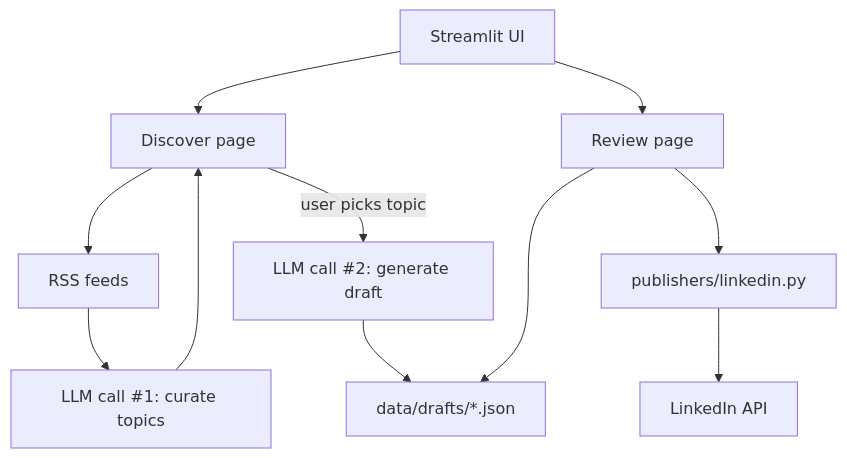
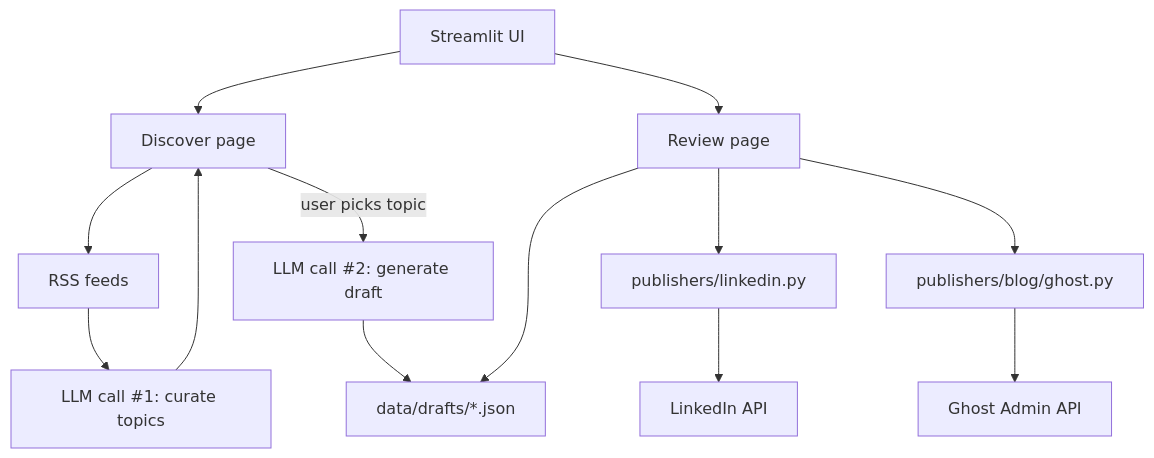
Before and after one commit to s-prateek/quillcast: the diagram in README.md, drawn with Mermaid. The commit also changed other lines of this file and 19 other files, not shown here.

First line of the commit message:
Implement Ghost blog publishing and update documentation (#6)

````diff
--- a/README.md
+++ b/README.md
@@ -54,14 +55,16 @@
 ```mermaid
 graph TD
     A[Streamlit UI] --> B[Discover page]
     B --> C[RSS feeds]
     C --> D[LLM call #1: curate topics]
     D --> B
     B -->|user picks topic| E[LLM call #2: generate draft]
     E --> F[data/drafts/*.json]
 
     A --> G[Review page]
     G --> F
     G --> H[publishers/linkedin.py]
     H --> I[LinkedIn API]
+    G --> J[publishers/blog/ghost.py]
+    J --> K[Ghost Admin API]
 ```
````
